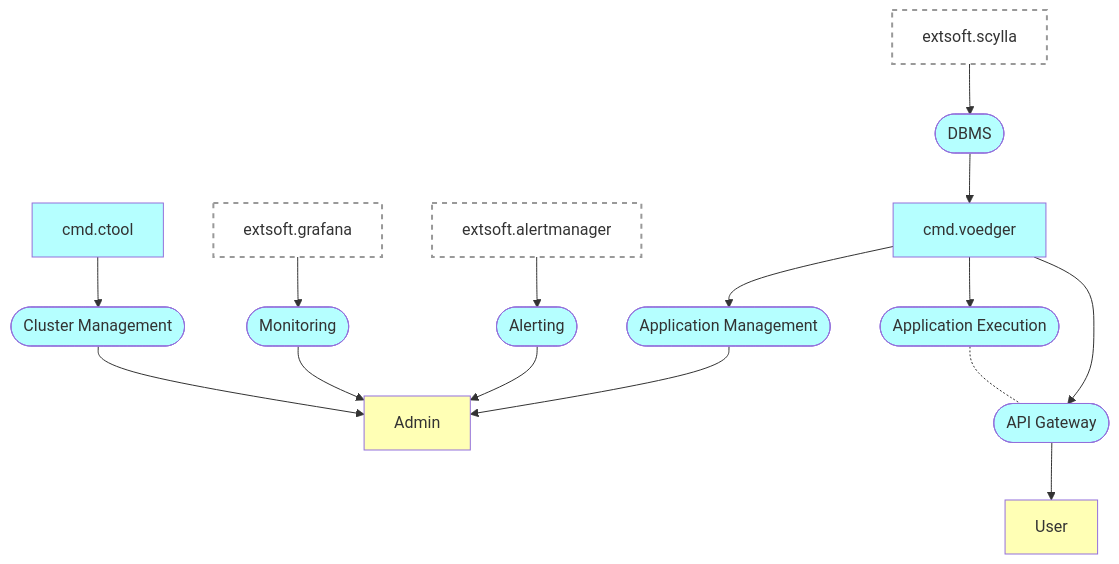
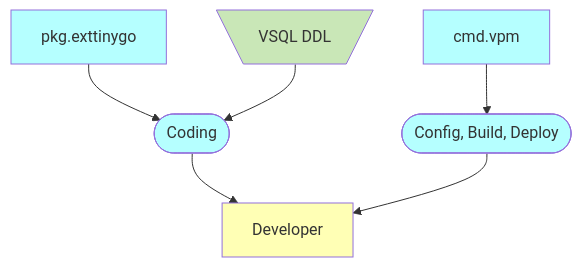
One commit to voedger/voedger-internals changed the second of 2 diagrams in README.md. Above: the diagram before and after it, drawn with Mermaid. The commit also changed 22 other files, not shown here.

````diff
--- a/README.md
+++ b/README.md
@@ -43,50 +73,30 @@
 ```mermaid
     graph TD
 
     %% Entities ====================
 
-    Admin[Admin]:::B
-    User[User]:::B
+    Developer[Developer]:::B
 
-    cmd.voedger:::S
-    cmd.ctool:::S  
-    grafana[extsoft.grafana]:::G
-    alertmanager[extsoft.alertmanager]:::G
-    scylla[extsoft.scylla]:::G
+    vsqlddl[\VSQL DDL/]:::H  
+    pkg.exttinygo:::S
+    cmd.vpm:::S
 
-    DBMS([DBMS]):::S
-    
-    ClusterMgmt([Cluster Management]):::S
-    Monitoring([Monitoring]):::S
-    Alerting([Alerting]):::S
-    AppMgmt([Application Management]):::S  
-    RunApp([Application Execution]):::S
-    APIGateway([API Gateway]):::S
+    CBD([Config, Build, Deploy]):::S
+    Coding([Coding]):::S
+
 
     %% Relations ====================
 
-    scylla --> DBMS
-    DBMS --> cmd.voedger
+    pkg.exttinygo --> Coding
+    vsqlddl --> Coding
+    
+    cmd.vpm --> CBD
 
-    cmd.ctool --> ClusterMgmt
-    ClusterMgmt --> Admin
-
-    grafana --> Monitoring
-    alertmanager --> Alerting
-    Monitoring --> Admin
-    Alerting --> Admin
-
-    cmd.voedger --> AppMgmt
-    AppMgmt --> Admin
-
-    cmd.voedger --> RunApp
-    RunApp -.- APIGateway
-
-    cmd.voedger --> APIGateway
-    APIGateway --> User
+    Coding --> Developer
+    CBD --> Developer
 
     classDef B fill:#FFFFB5,color:#333
     classDef S fill:#B5FFFF,color:#333
     classDef H fill:#C9E7B7,color:#333
     classDef G fill:#ffffff15, stroke:#999, stroke-width:2px, stroke-dasharray: 5 5
 ```
````
